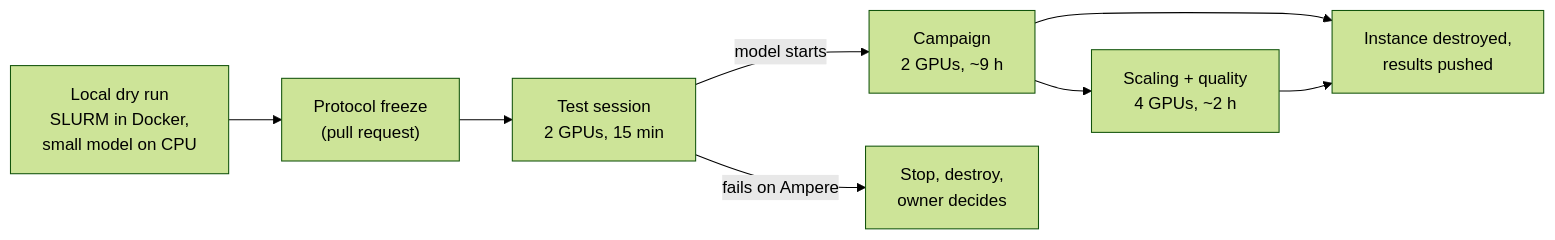
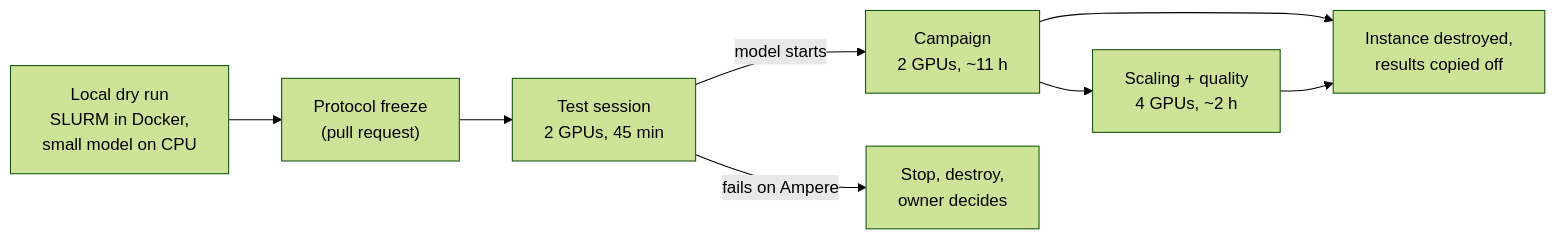
Before and after one commit to gabrielkpo/hpc-inference-sizing: the second of 2 diagrams in README.md, drawn with Mermaid (forest theme). The commit also changed other lines of this file and 3 other files, not shown here.

````diff
--- a/README.md
+++ b/README.md
@@ -55,10 +55,10 @@
 ```mermaid
 flowchart LR
     L["Local dry run<br/>SLURM in Docker,<br/>small model on CPU"] --> F["Protocol freeze<br/>(pull request)"]
-    F --> TS["Test session<br/>2 GPUs, 15 min"]
-    TS -->|model starts| CA["Campaign<br/>2 GPUs, ~9 h"]
+    F --> TS["Test session<br/>2 GPUs, 45 min"]
+    TS -->|model starts| CA["Campaign<br/>2 GPUs, ~11 h"]
     TS -->|fails on Ampere| STOP["Stop, destroy,<br/>owner decides"]
     CA --> X["Scaling + quality<br/>4 GPUs, ~2 h"]
-    CA --> D["Instance destroyed,<br/>results pushed"]
+    CA --> D["Instance destroyed,<br/>results copied off"]
     X --> D
 ```
````
